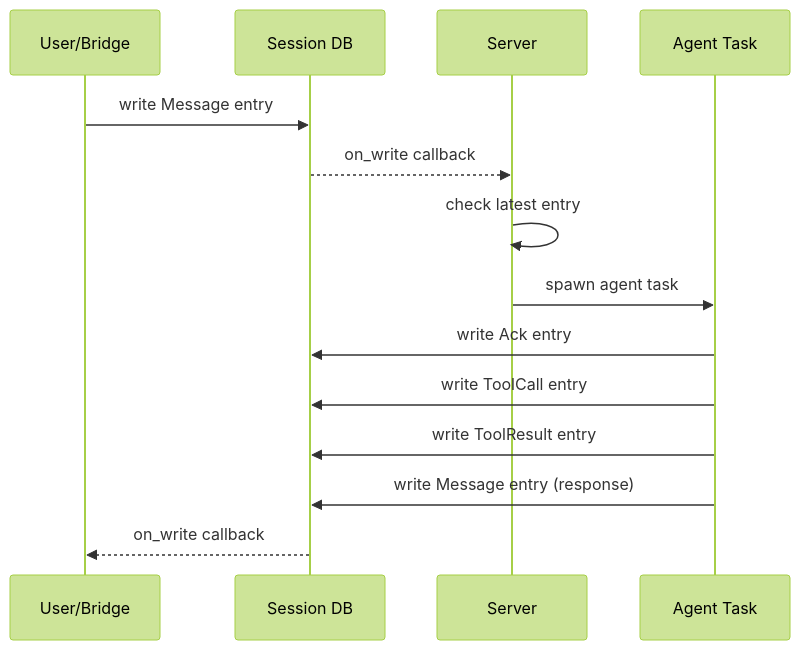
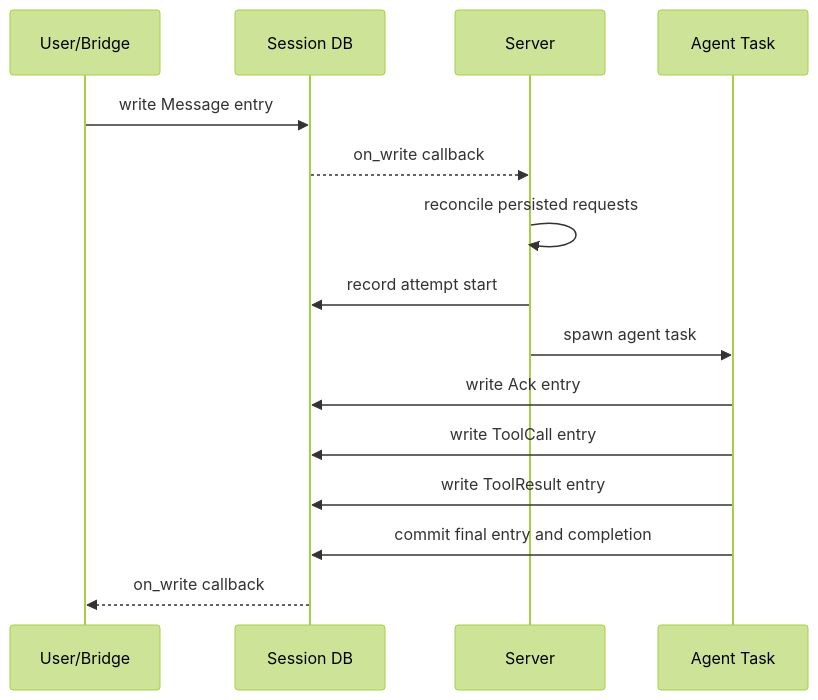
One commit to arcuru/chaz changed the first of 2 diagrams in docs/src/architecture/sessions.md. Above: the diagram before and after it, drawn with Mermaid (forest theme). The commit also changed other lines of this file and 4 other files, not shown here.

````diff
--- a/docs/src/architecture/sessions.md
+++ b/docs/src/architecture/sessions.md
@@ -41,17 +44,18 @@
 ```mermaid
 sequenceDiagram
     participant U as User/Bridge
     participant S as Session DB
     participant SV as Server
     participant A as Agent Task
 
     U->>S: write Message entry
     S-->>SV: on_write callback
-    SV->>SV: check latest entry
+    SV->>SV: reconcile persisted requests
+    SV->>S: record attempt start
     SV->>A: spawn agent task
     A->>S: write Ack entry
     A->>S: write ToolCall entry
     A->>S: write ToolResult entry
-    A->>S: write Message entry (response)
+    A->>S: commit final entry and completion
     S-->>U: on_write callback
 ```
````
